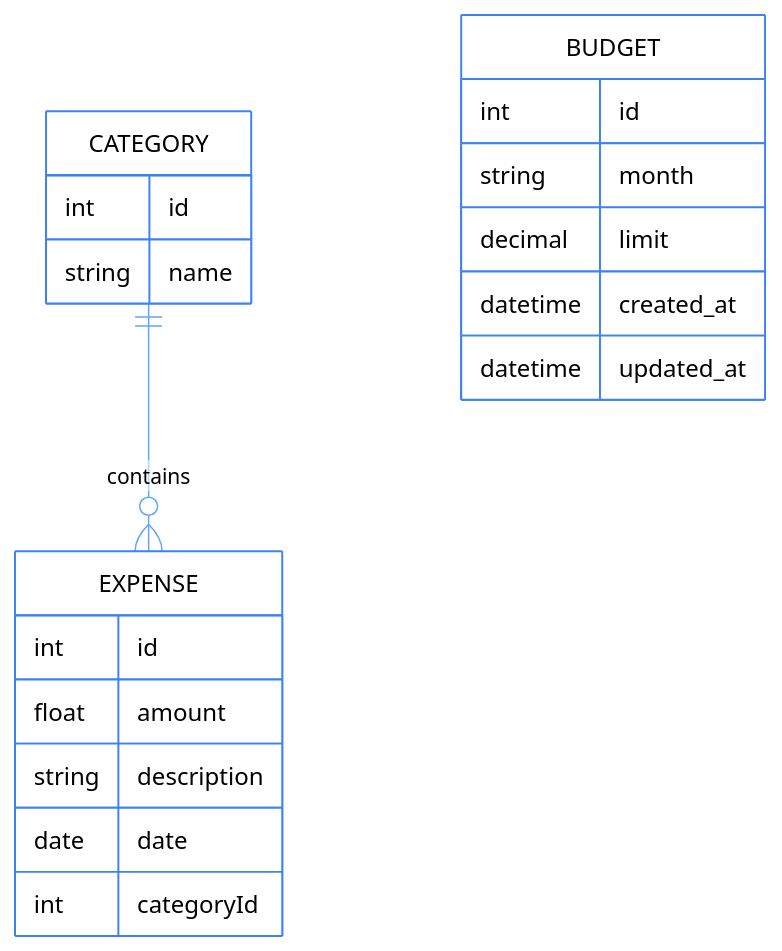
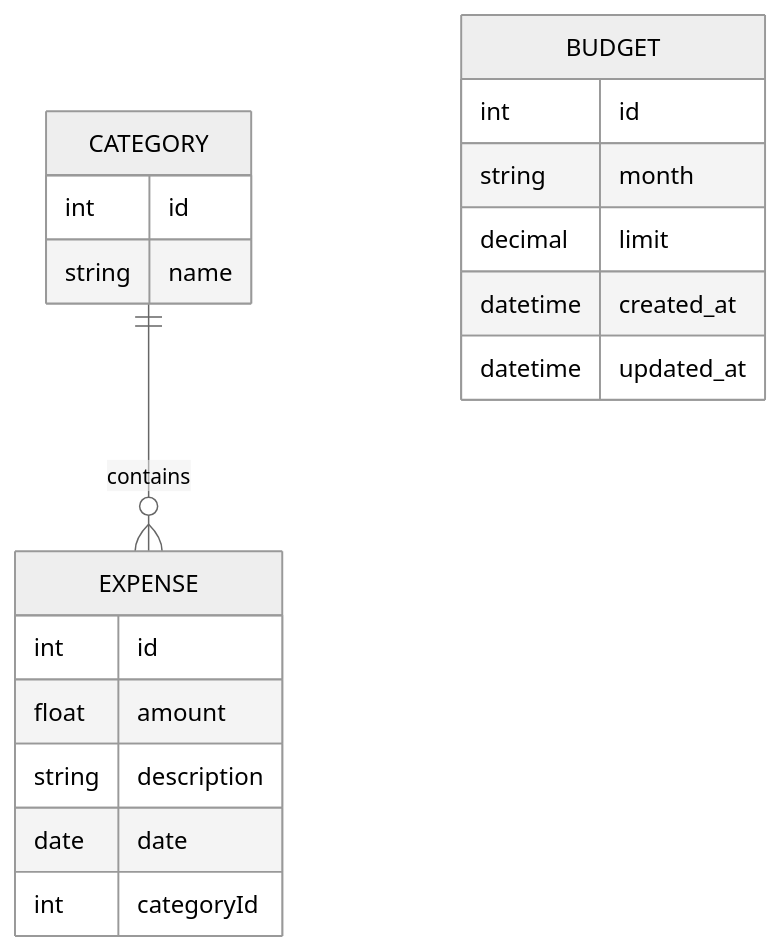
One commit to AdamFor235/Projekt changed the diagram in README.md. Above: the diagram before and after it, drawn with Mermaid. The commit also changed other lines of this file and 1 other file, not shown here.

Commit message:
poprawa diagramu

````diff
--- a/README.md
+++ b/README.md
@@ -50,37 +50,27 @@
 ```mermaid
-%%{init: {
-  "theme": "base",
-  "themeVariables": {
-    "primaryColor": "#ffffff",
-    "primaryTextColor": "#000000",
-    "primaryBorderColor": "#3b82f6",
-    "lineColor": "#60a5fa",
-    "secondaryColor": "#ffffff",
-    "tertiaryColor": "#ffffff"
-  }
-}}%%
+%%{init: { "theme": "neutral" }}%%
 erDiagram
 
 CATEGORY ||--o{ EXPENSE : contains
 
 CATEGORY {
     int id
     string name
 }
 
 EXPENSE {
     int id
     float amount
     string description
     date date
     int categoryId
 }
 
 BUDGET {
     int id
     string month
     decimal limit
     datetime created_at
     datetime updated_at
 }
 ```
````
